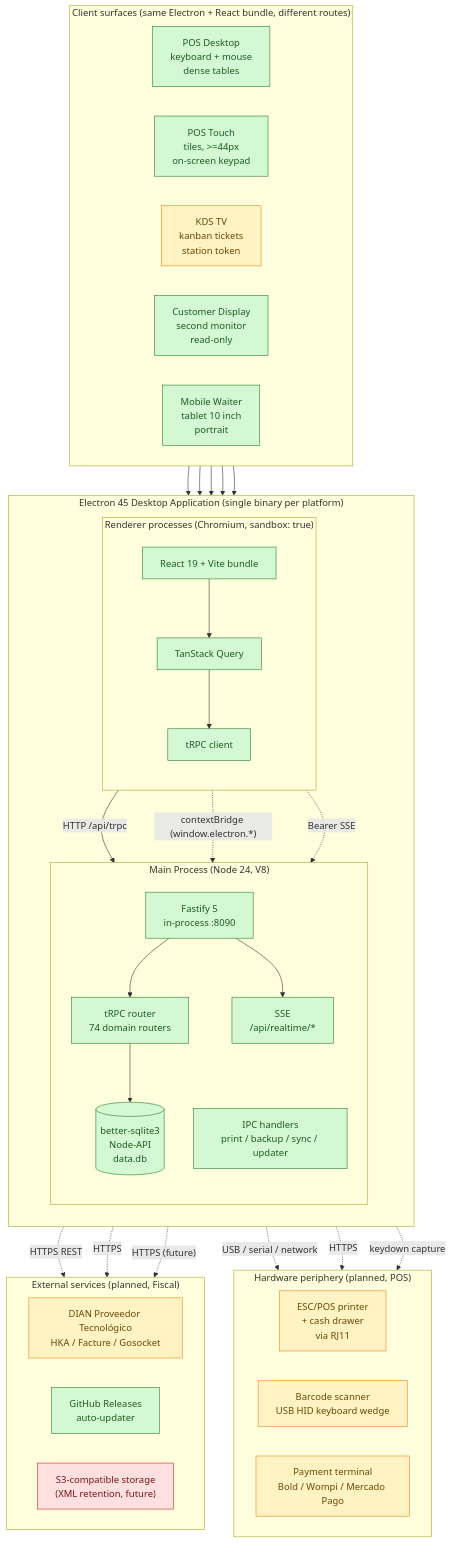
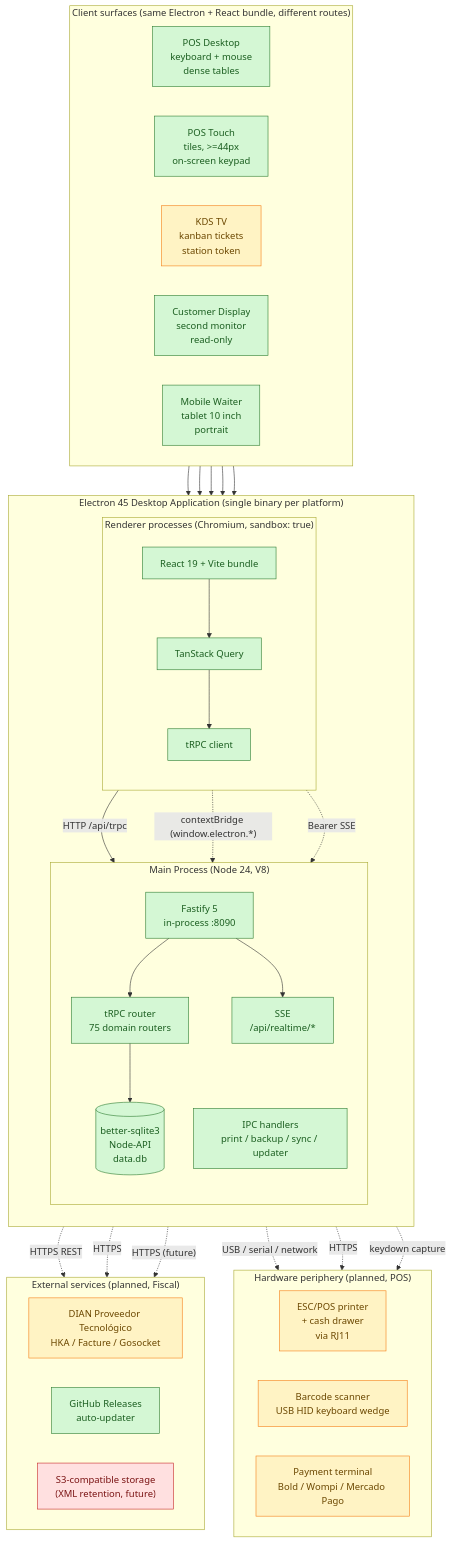
The diagram in docs/architecture.mmd (johnny4young/puntovivo), drawn with Mermaid before and after one commit. The commit also changed 1 other file, not shown here.

Commit message:
docs(architecture): count the till incidents router

```diff
--- a/docs/architecture.mmd
+++ b/docs/architecture.mmd
@@ -1,81 +1,81 @@
 %% Puntovivo architecture — high-level process and client surface topology
 %% Render: pnpm dlx @mermaid-js/mermaid-cli -i docs/architecture.mmd -o docs/architecture.svg -b transparent
 %% The -b transparent flag is required: mermaid-cli defaults to a white page
 %% background, which regresses the diagram on dark-mode surfaces. The SVG
 %% root style must keep background-color: transparent after every re-render.
 %% Source of truth for the system diagram embedded in docs/ARCHITECTURE.md and README.md.
 
 flowchart TB
   subgraph Electron["Electron 45 Desktop Application (single binary per platform)"]
     direction TB
 
     subgraph Main["Main Process (Node 24, V8)"]
       direction TB
       F["Fastify 5<br/>in-process :8090"]
-      T["tRPC router<br/>74 domain routers"]
+      T["tRPC router<br/>75 domain routers"]
       DB[("better-sqlite3<br/>Node-API<br/>data.db")]
       IPC["IPC handlers<br/>print / backup / sync / updater"]
       SSE["SSE<br/>/api/realtime/*"]
       F --> T
       F --> SSE
       T --> DB
     end
 
     subgraph Renderer["Renderer processes (Chromium, sandbox: true)"]
       direction TB
       R["React 19 + Vite bundle"]
       Q["TanStack Query"]
       C["tRPC client"]
       R --> Q --> C
     end
 
     C -- "HTTP /api/trpc" --> F
     R -. "contextBridge (window.electron.*)" .-> IPC
     R -. "Bearer SSE" .-> SSE
   end
 
   subgraph Surfaces["Client surfaces (same Electron + React bundle, different routes)"]
     direction LR
     POSD["POS Desktop<br/>keyboard + mouse<br/>dense tables"]
     POST["POS Touch<br/>tiles, >=44px<br/>on-screen keypad"]
     KDS["KDS TV<br/>kanban tickets<br/>station token"]
     CUST["Customer Display<br/>second monitor<br/>read-only"]
     MOB["Mobile Waiter<br/>tablet 10 inch<br/>portrait"]
   end
 
   POSD --> Renderer
   POST --> Renderer
   KDS --> Renderer
   CUST --> Renderer
   MOB --> Renderer
 
   subgraph Peripherals["Hardware periphery (planned, POS)"]
     direction LR
     ESCP["ESC/POS printer<br/>+ cash drawer<br/>via RJ11"]
     SCAN["Barcode scanner<br/>USB HID keyboard wedge"]
     DAT["Payment terminal<br/>Bold / Wompi / Mercado Pago"]
   end
 
   IPC -. "USB / serial / network" .-> ESCP
   Renderer -. "keydown capture" .-> SCAN
   T -. "HTTPS" .-> DAT
 
   subgraph External["External services (planned, Fiscal)"]
     direction LR
     PT["DIAN Proveedor Tecnológico<br/>HKA / Facture / Gosocket"]
     UPD["GitHub Releases<br/>auto-updater"]
     S3["S3-compatible storage<br/>(XML retention, future)"]
   end
 
   T -. "HTTPS REST" .-> PT
   IPC -. "HTTPS" .-> UPD
   IPC -. "HTTPS (future)" .-> S3
 
   classDef shipped fill:#d4f7d4,stroke:#2e7d32,color:#1b5e20
   classDef planned fill:#fff3c4,stroke:#f57f17,color:#6b4700
   classDef future fill:#ffe0e0,stroke:#c62828,color:#7a1313
 
   class F,T,DB,IPC,SSE,R,Q,C,POSD,UPD shipped
   class POST,MOB,CUST shipped
   class KDS,ESCP,SCAN,DAT,PT planned
   class S3 future
```
